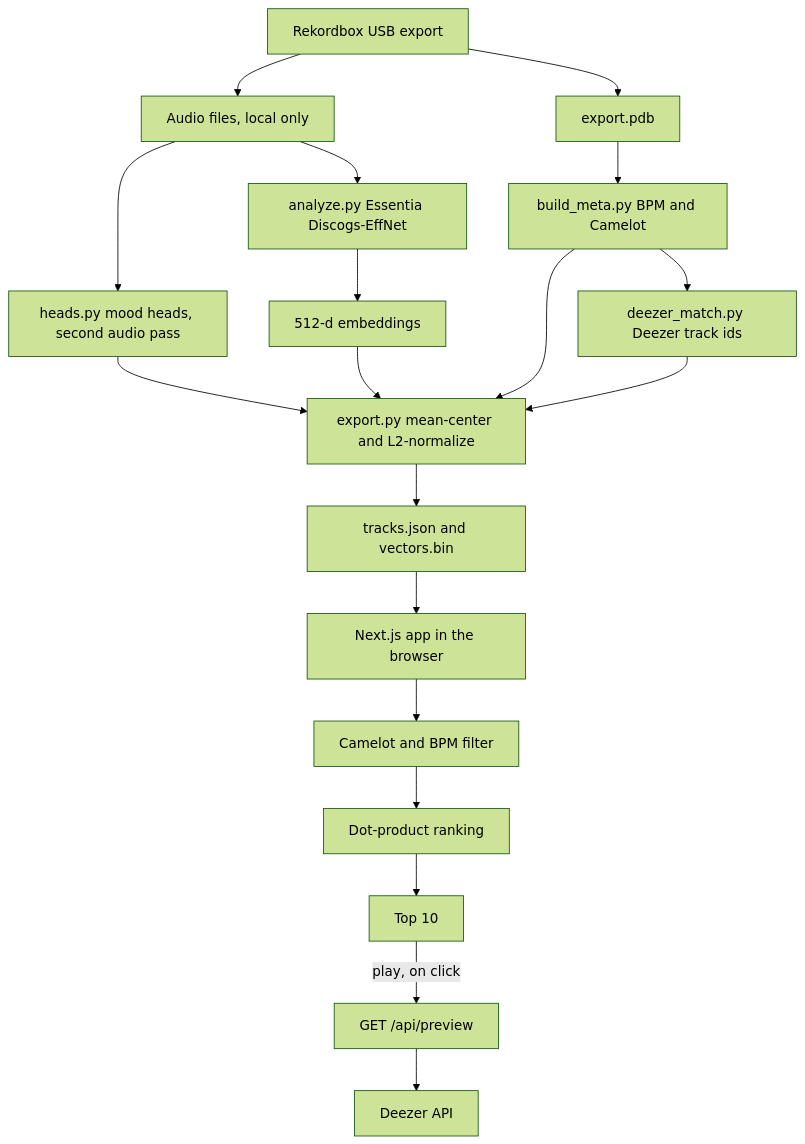
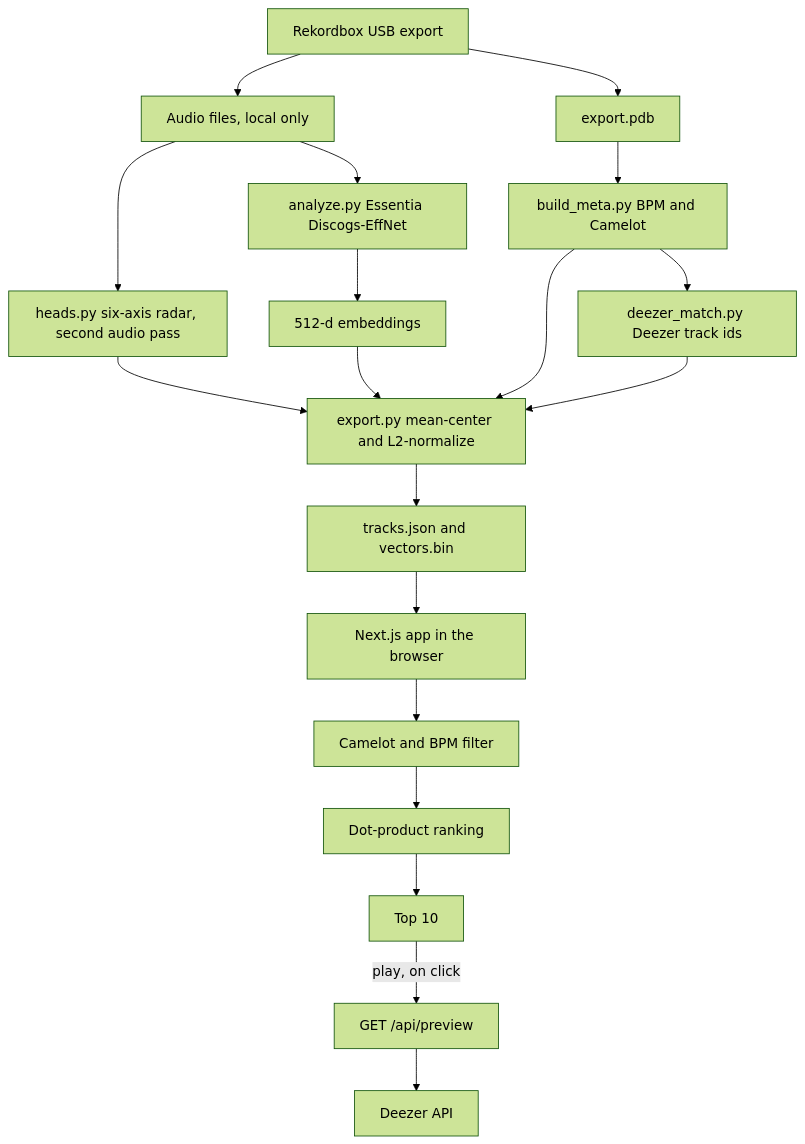
Before and after one commit to tkestas92/nexttrack: the diagram in README.md, drawn with Mermaid (forest theme). The commit also changed 1 other file, not shown here.

Commit message:
Update How it works to the six current steps.

````diff
--- a/README.md
+++ b/README.md
@@ -13,38 +13,38 @@
 ```mermaid
 flowchart TD
   usb[Rekordbox USB export]
   audio[Audio files, local only]
   pdb[export.pdb]
   analyze[analyze.py Essentia Discogs-EffNet]
-  heads[heads.py mood heads, second audio pass]
+  heads[heads.py six-axis radar, second audio pass]
   meta[build_meta.py BPM and Camelot]
   match[deezer_match.py Deezer track ids]
   embed[512-d embeddings]
   export[export.py mean-center and L2-normalize]
   files[tracks.json and vectors.bin]
   browser[Next.js app in the browser]
   filter[Camelot and BPM filter]
   rank[Dot-product ranking]
   ui[Top 10]
   api["GET /api/preview"]
   deezer[Deezer API]
 
   usb --> audio
   usb --> pdb
   audio --> analyze
   analyze --> embed
   audio --> heads
   heads --> export
   pdb --> meta
   meta --> match
   embed --> export
   meta --> export
   match --> export
   export --> files
   files --> browser
   browser --> filter
   filter --> rank
   rank --> ui
   ui -->|play, on click| api
   api --> deezer
 ```
````
